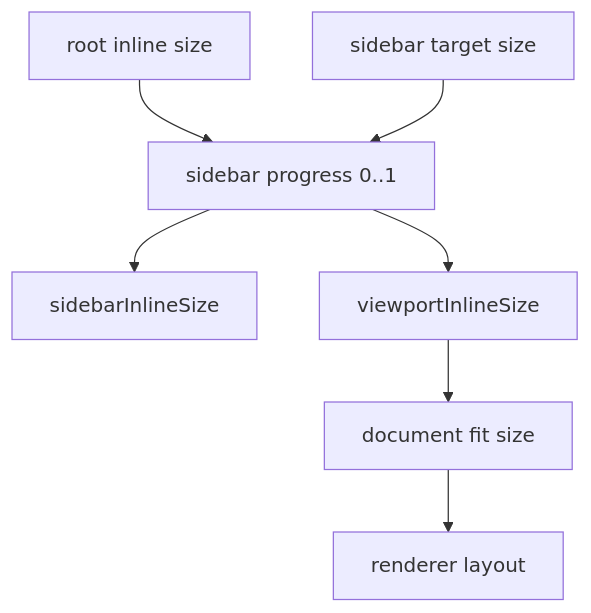
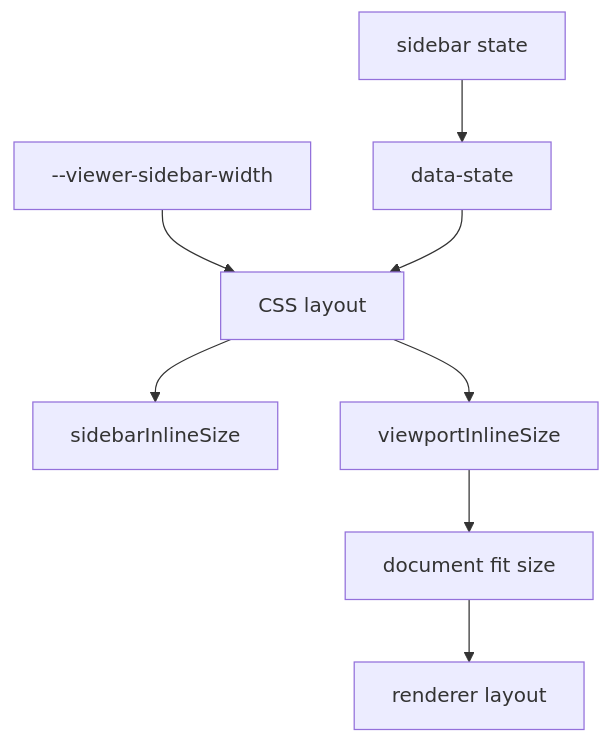
One commit to retab-dev/retab-ui changed the ninth of 26 diagrams in design/universal-file-viewer-greenfield-blueprint.md. Above: the diagram before and after it, drawn with Mermaid. The commit also changed other lines of this file, not shown here.

Commit message:
update file viewer blueprint

````diff
--- a/design/universal-file-viewer-greenfield-blueprint.md
+++ b/design/universal-file-viewer-greenfield-blueprint.md
@@ -373,9 +373,10 @@
 ```mermaid
 flowchart TD
-  Root["root inline size"] --> Progress["sidebar progress 0..1"]
-  Sidebar["sidebar target size"] --> Progress
-  Progress --> SidebarSize["sidebarInlineSize"]
-  Progress --> ViewportSize["viewportInlineSize"]
+  State["sidebar state"] --> Attrs["data-state"]
+  Width["--viewer-sidebar-width"] --> Css["CSS layout"]
+  Attrs --> Css
+  Css --> SidebarSize["sidebarInlineSize"]
+  Css --> ViewportSize["viewportInlineSize"]
   ViewportSize --> DocumentFit["document fit size"]
   DocumentFit --> Layout["renderer layout"]
 ```
````
